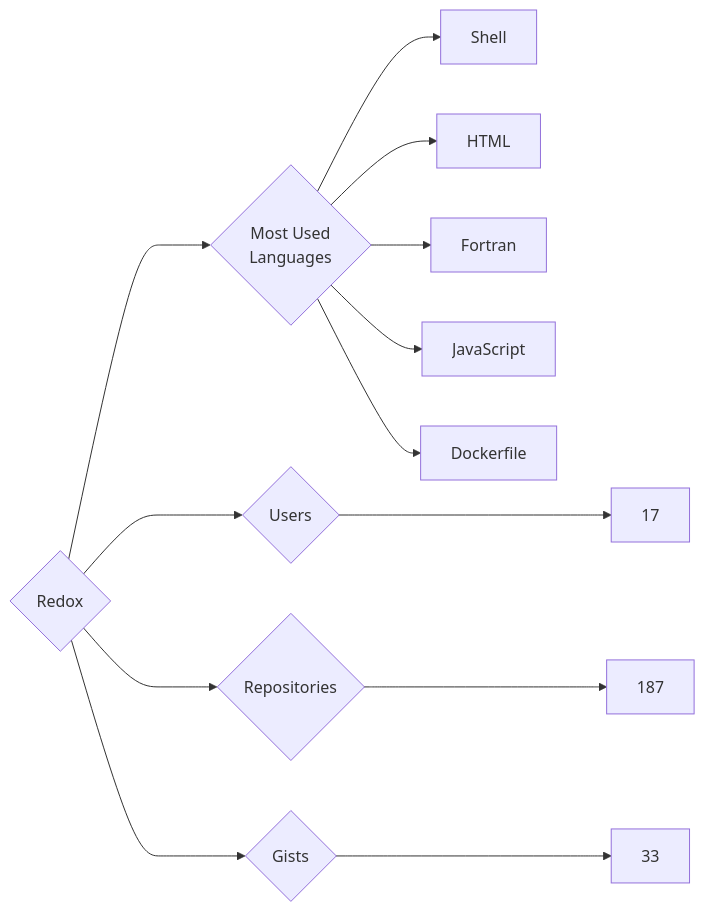
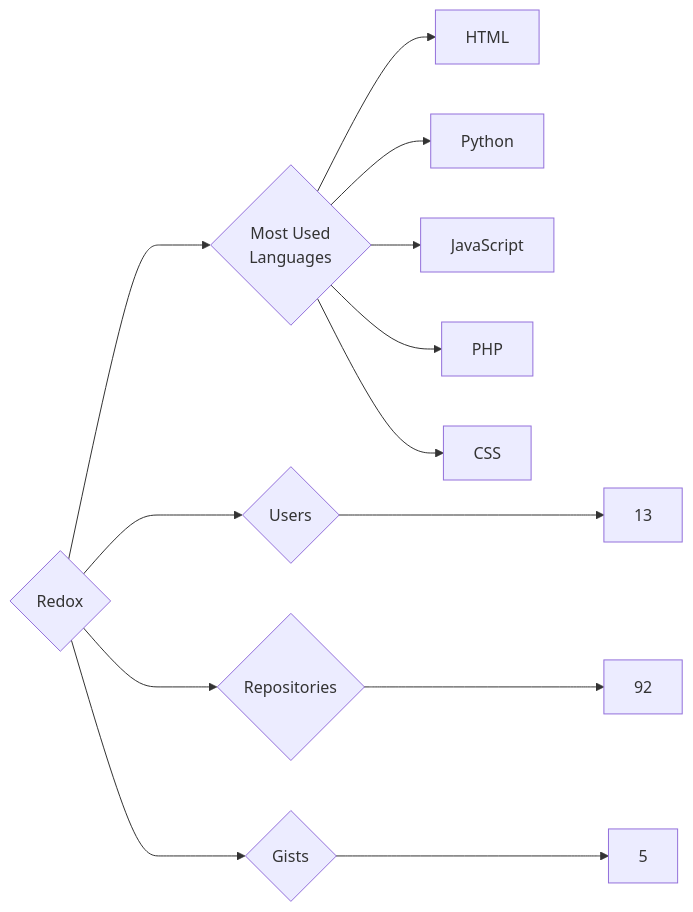
One commit to trickest/insiders changed the diagram in targets/Redox/README.md. Above: the diagram before and after it, drawn with Mermaid. The commit also changed 748 other files, not shown here.

````diff
--- a/targets/Redox/README.md
+++ b/targets/Redox/README.md
@@ -3,13 +3,13 @@
 ```mermaid
 graph LR
 COMPANY_NAME{Redox}
-COMPANY_NAME ---> U{Users} ---> UN[17]
-COMPANY_NAME ---> R{Repositories} ---> RN[187]
-COMPANY_NAME ---> G{Gists} ---> GN[33]
+COMPANY_NAME ---> U{Users} ---> UN[13]
+COMPANY_NAME ---> R{Repositories} ---> RN[92]
+COMPANY_NAME ---> G{Gists} ---> GN[5]
 COMPANY_NAME ---> ML{Most Used<br>Languages}
-ML --> Shell[Shell]
 ML --> HTML[HTML]
-ML --> Fortran[Fortran]
+ML --> Python[Python]
 ML --> JavaScript[JavaScript]
-ML --> Dockerfile[Dockerfile]
+ML --> PHP[PHP]
+ML --> CSS[CSS]
 ```
````
